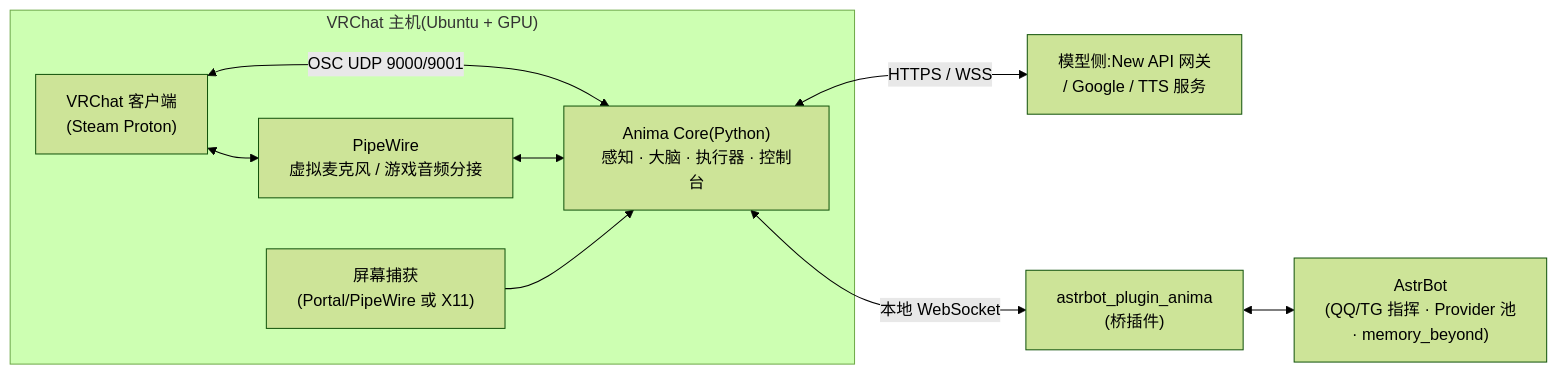
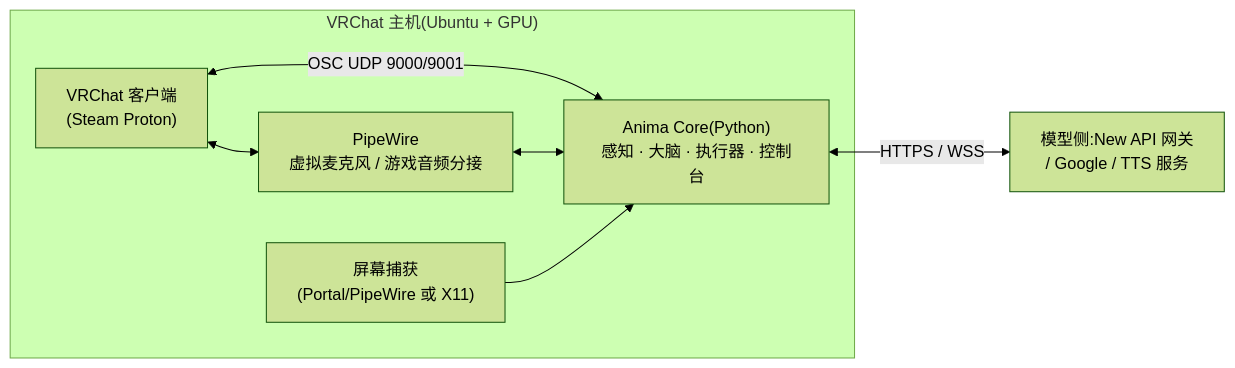
One commit to AlanBacker/vrc-anima changed the first of 2 diagrams in DESIGN.md. Above: the diagram before and after it, drawn with Mermaid (forest theme). The commit also changed other lines of this file and 8 other files, not shown here.

First line of the commit message:
refactor!: 取消 AstrBot 桥接路线(DESIGN v1.3)

````diff
--- a/DESIGN.md
+++ b/DESIGN.md
@@ -23,16 +25,14 @@
 ```mermaid
 flowchart LR
     subgraph HOST["VRChat 主机(Ubuntu + GPU)"]
         VRC["VRChat 客户端<br/>(Steam Proton)"]
         PW["PipeWire<br/>虚拟麦克风 / 游戏音频分接"]
         CAP["屏幕捕获<br/>(Portal/PipeWire 或 X11)"]
         CORE["Anima Core(Python)<br/>感知 · 大脑 · 执行器 · 控制台"]
         VRC <-->|"OSC UDP 9000/9001"| CORE
         VRC <--> PW
         PW <--> CORE
         CAP --> CORE
     end
     CORE <-->|"HTTPS / WSS"| LLM["模型侧:New API 网关<br/>/ Google / TTS 服务"]
-    CORE <-->|"本地 WebSocket"| BRIDGE["astrbot_plugin_anima<br/>(桥插件)"]
-    BRIDGE <--> ASTR["AstrBot<br/>(QQ/TG 指挥 · Provider 池<br/>· memory_beyond)"]
 ```
````
